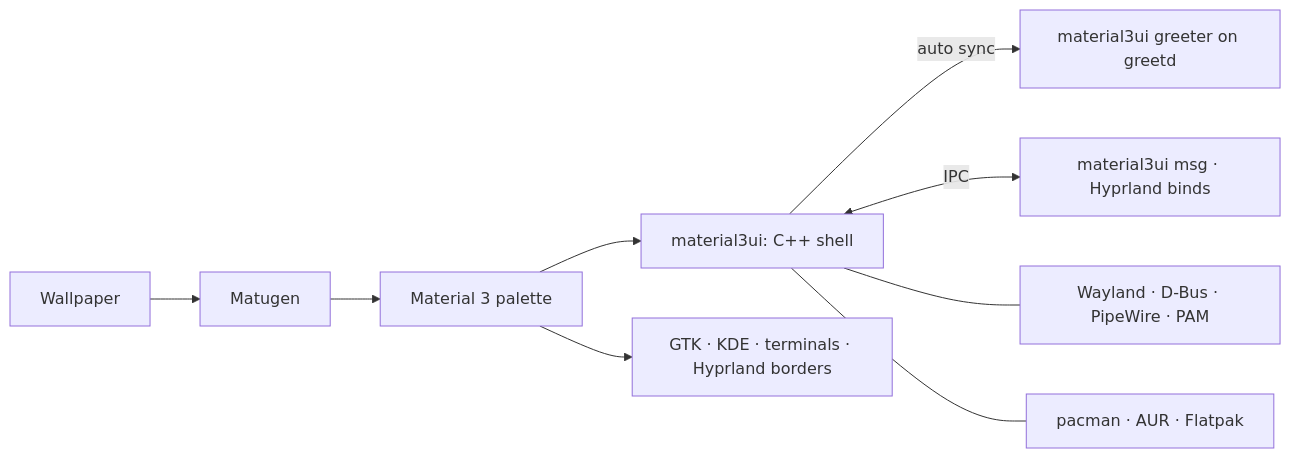
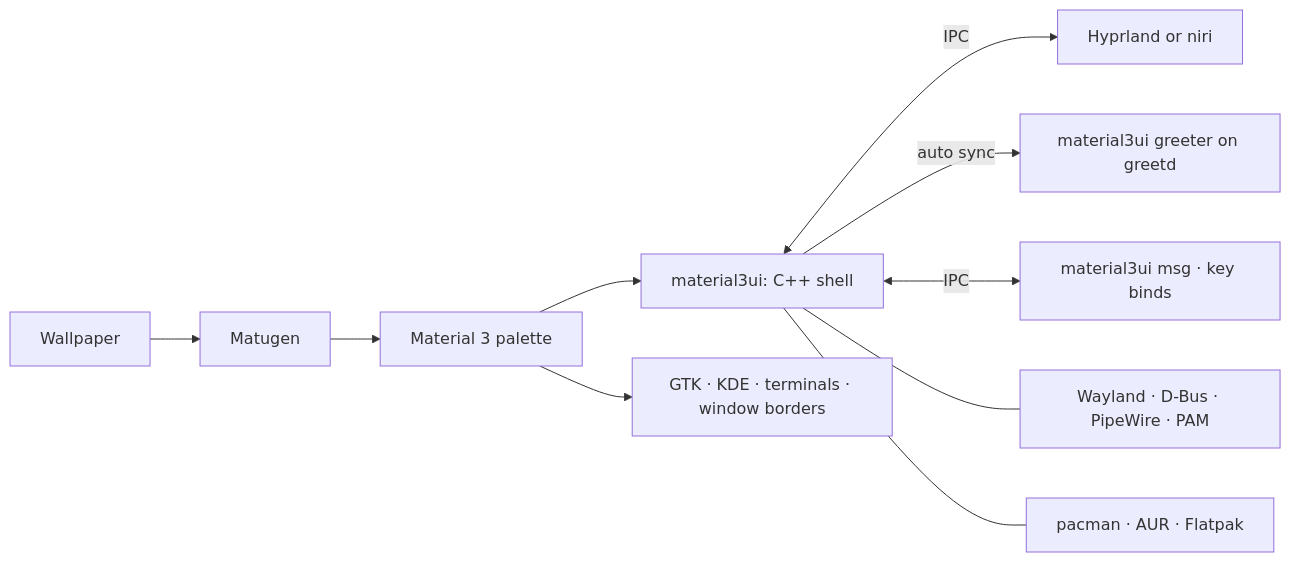
The diagram in README.md (Abijspy/material3-android-shell), drawn with Mermaid before and after one commit. The commit also changed other lines of this file, not shown here.

First line of the commit message:
README: niri throughout, not only in the FAQ

````diff
--- a/README.md
+++ b/README.md
@@ -227,10 +284,11 @@
 ```mermaid
 flowchart LR
     W[Wallpaper] --> M[Matugen] --> P[Material 3 palette]
     P --> S[material3ui: C++ shell]
-    P --> A[GTK · KDE · terminals · Hyprland borders]
+    P --> A[GTK · KDE · terminals · window borders]
+    S <-- IPC --> H[Hyprland or niri]
     S -- auto sync --> G[material3ui greeter on greetd]
-    S <-- IPC --> C[material3ui msg · Hyprland binds]
+    S <-- IPC --> C[material3ui msg · key binds]
     S --- X[Wayland · D-Bus · PipeWire · PAM]
     S --- U[pacman · AUR · Flatpak]
 ```
````
